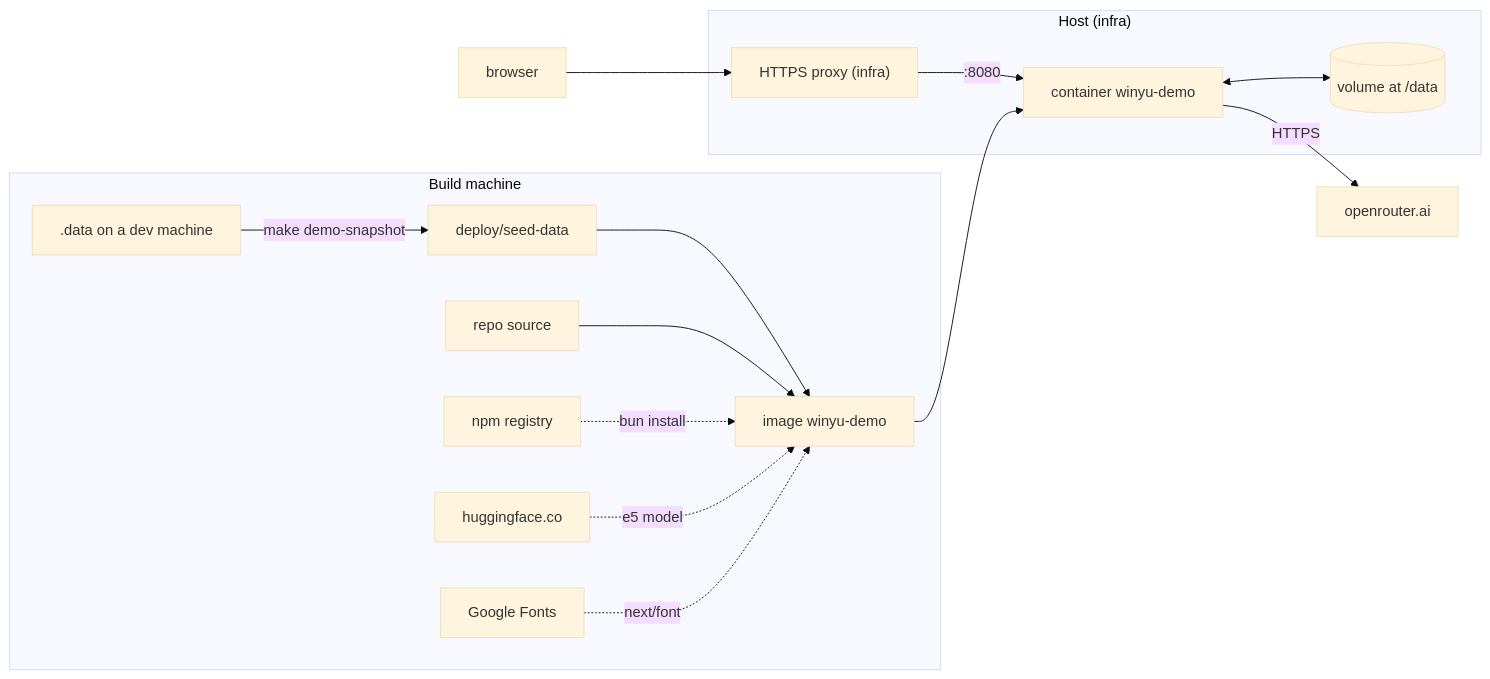
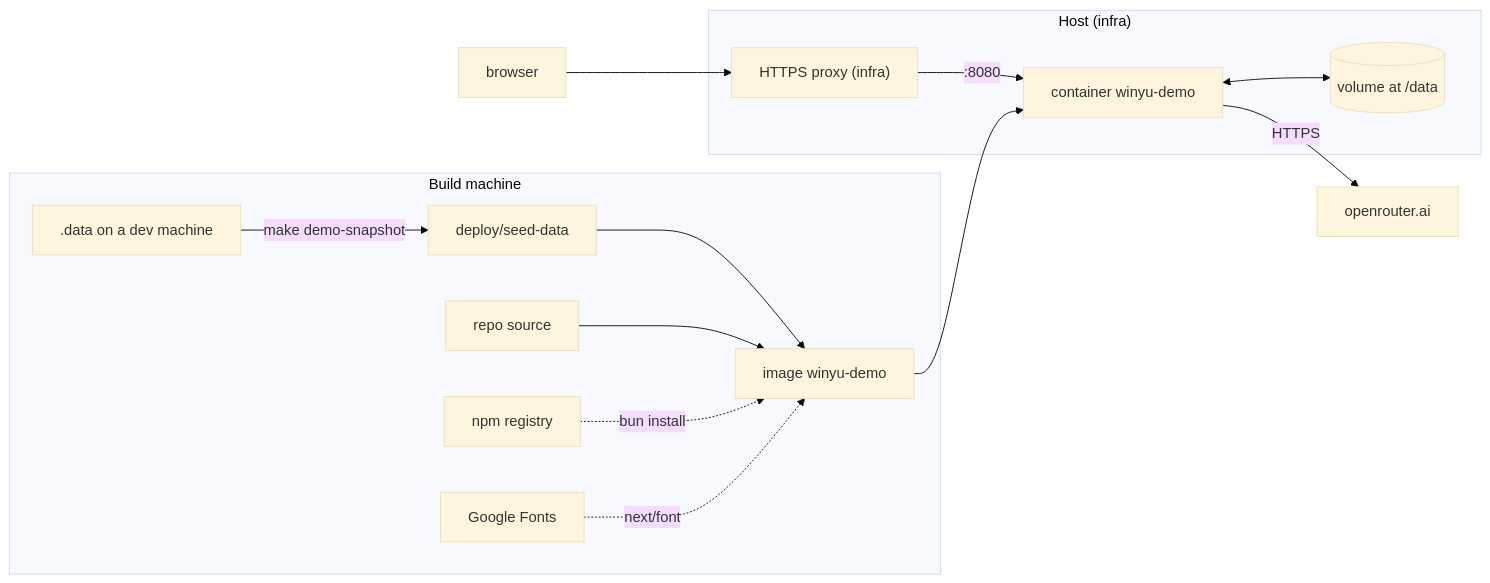
The diagram in docs/deploy.md (GA-MO/winyu), drawn with Mermaid (base theme) before and after one commit. The commit also changed other lines of this file and 19 other files, not shown here.

````diff
--- a/docs/deploy.md
+++ b/docs/deploy.md
@@ -19,18 +19,17 @@
 ```mermaid
 flowchart LR
 	subgraph build["Build machine"]
 		devdata[".data on a dev machine"] -->|"make demo-snapshot"| seed["deploy/seed-data"]
 		seed --> img
 		src["repo source"] --> img["image winyu-demo"]
 		npm["npm registry"] -.->|"bun install"| img
-		hf["huggingface.co"] -.->|"e5 model"| img
 		gf["Google Fonts"] -.->|"next/font"| img
 	end
 	subgraph host["Host (infra)"]
 		https["HTTPS proxy (infra)"] -->|":8080"| app["container winyu-demo"]
 		app <--> vol[("volume at /data")]
 	end
 	user["browser"] --> https
 	app -->|"HTTPS"| or["openrouter.ai"]
 	img --> app
 ```
````
